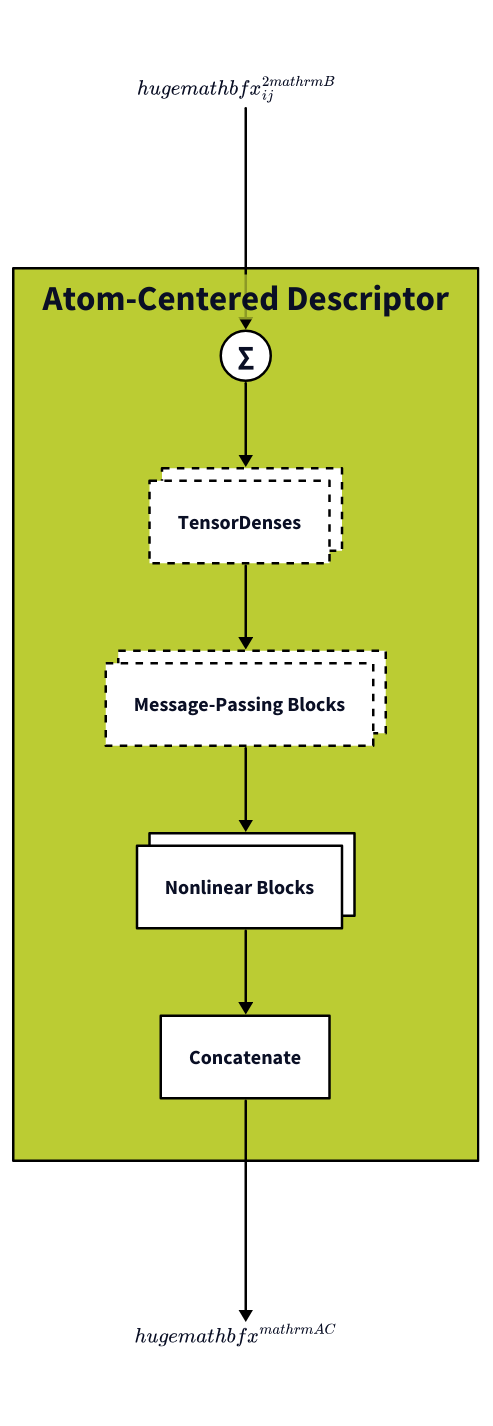
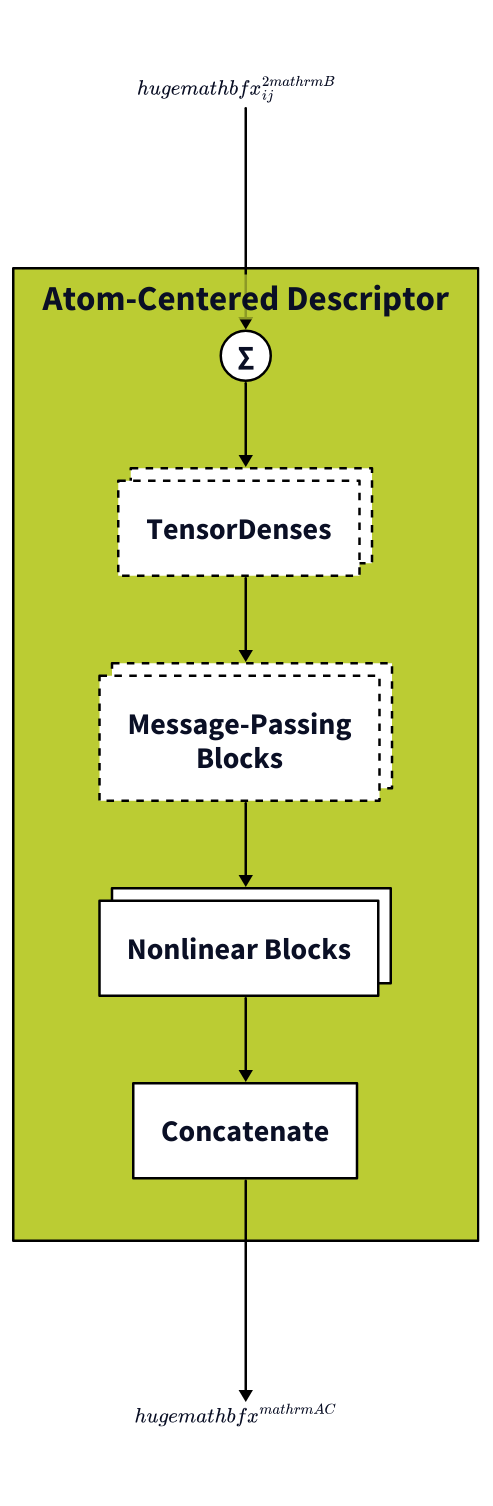
One commit to SamsungDS/gears_h changed the diagram in architecture_figures/2a_ac.d2. Above: the diagram before and after it, drawn with D2. The commit also changed 3 other files, not shown here.

Commit message:
Font sizes, line wrapping, and normalization for the remaining blocks.

```diff
--- a/architecture_figures/2a_ac.d2
+++ b/architecture_figures/2a_ac.d2
@@ -1,130 +1,132 @@
 # direction: right
  
 vars: {
     d2-config: {
       layout-engine: elk
       pad: 10
     #   elk-nodeNodeBetweenLayers: 10
     #   theme-id: 101
     }
 }
 
 f: {label: ""
     equation: |latex
         \huge{\mathbf{x}^{2\mathrm{B}}_{ij}}
     |
     class: empty
     label.near: outside-bottom-center
 }
 acf: {
     label: ""
     class: empty
     equation: |latex
         \huge{\mathbf{x}^{\mathrm{AC}}}
     |
 }
 
 # test: |latex \huge{\Sigma} |
 
 ac: Atom-Centered Descriptor {
     class: ac
     _.f.equation -> sum_j: {style: {stroke: "#000000"; font-color: black}}
     sum_j: ∑ {class: operator}
     # sum_j: ∑ j {class: operator}
     # sum_j: {label: ""; class: operator; equation: |latex \huge{\Sigma_j} |}
     # sum_j  -> nl_block: {style: {stroke: "#000000"; font-color: black}}
     sum_j -> ntd: {style: {stroke: "#000000"; font-color: black}}
     ntd: TensorDenses {class: in_module; style: {stroke-dash: 3; multiple: true}}
     c: Concatenate  {class: in_module}
     
     ntd -> mp_block: {style: {stroke: "#000000"; font-color: black}}
 
-    mp_block:  Message-Passing Blocks {
+    mp_block:  Message-Passing\nBlocks {
         class: in_module
         style: {stroke-dash: 3; multiple: true}
     }
     
     nl_block: Nonlinear Blocks {
         class: in_module
         style: {multiple: true}
     }
     
     mp_block -> nl_block: {style: {stroke: "#000000"; font-color: black}}
     nl_block -> c: {style: {stroke: "#000000"; font-color: black}}
 }
 
 ac.c -> acf.equation: {style: {stroke: "#000000"; font-color: black}}
 
 classes: {
     operator: {shape: circle
                width: 40
                height: 40
                style: {fill: "#FFFFFF"
                        stroke: "#000000"
                        font-size: 24
                       }
     }
     empty: {
             # label: ""
             width: 50
             height: 50
             style: {
                 fill: transparent
                 stroke: transparent
                 font-size: 24
             }
     }
     sarb: {
         style: {
             fill: "#44BB99"
             stroke: "#000000"
         }
     }
     in_module: {
         style: {
             fill: "#FFFFFF"
             stroke: "#000000"
+            font-size: 24
         }
     }
     ac: {
         style: {
             fill: "#BBCC33"
             stroke: "#000000"
             bold: true
+            font-size: 28
         }
     }
     bc: {
         style: {
             fill: "#EEDD88"
             stroke: "#000000"
         }
     }
     rd: {
         style: {
             fill: "#EE8866"
             stroke: "#000000"
         }
     }
     ro: {
         style: {
             fill: "#FFAABB"
             stroke: "#000000"
         }
     }
     outs: {
         style: {
             fill: "#DDDDDD"
             stroke: "#000000"
             multiple: true
         }
     }
     input : {
         width: 50
         height: 50
         style: {
             fill: "#99DDFF"
             stroke: "#000000"
             multiple: true
         }
     }
 }
```
